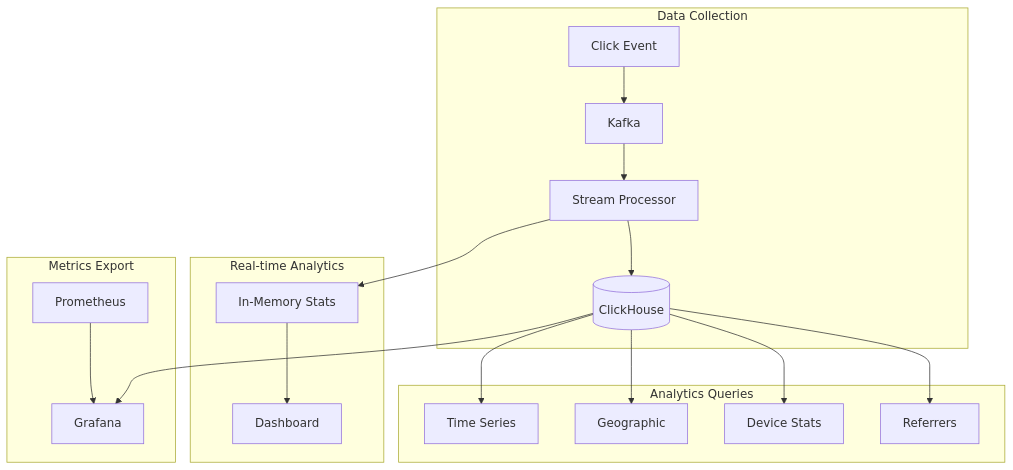
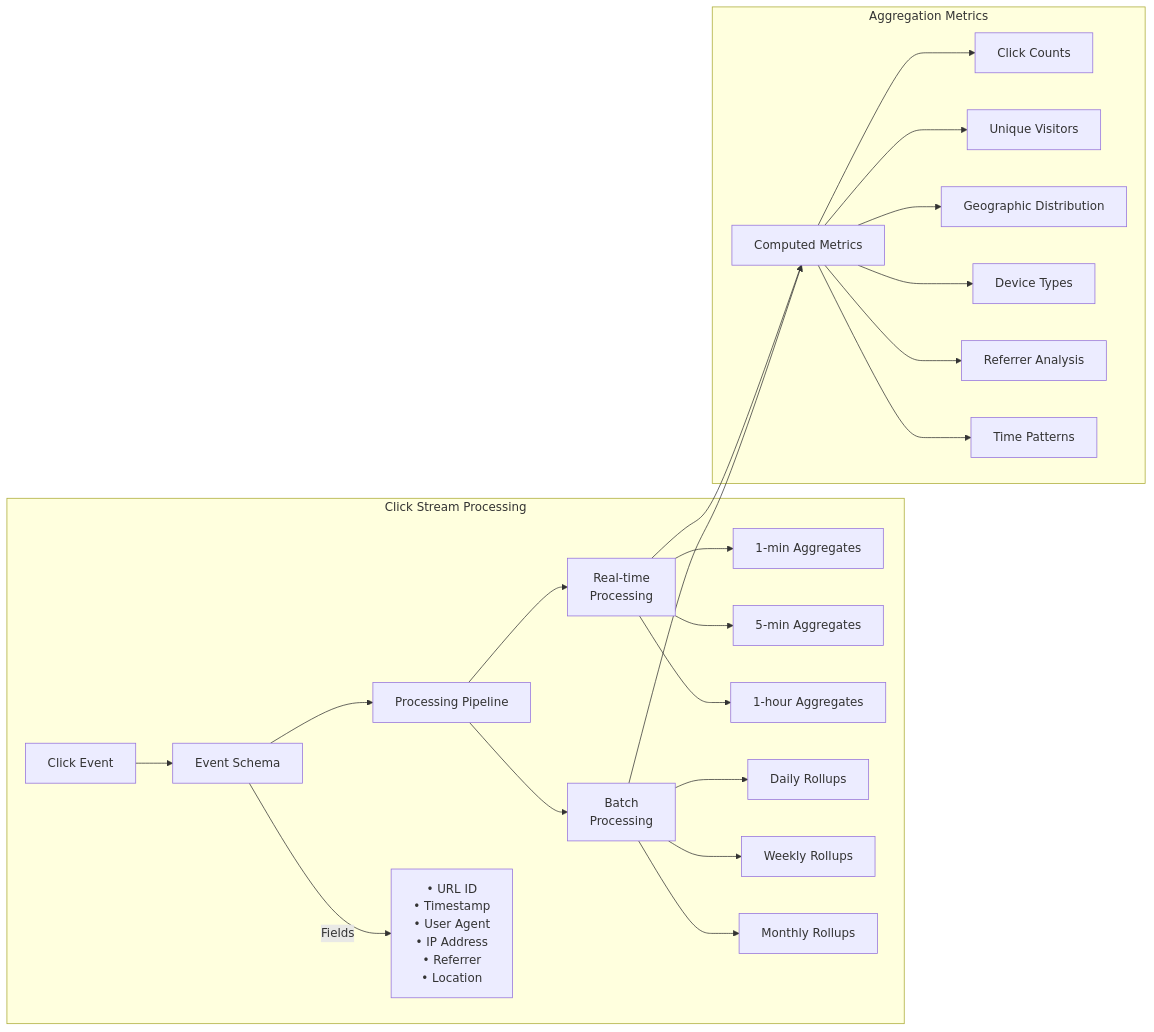
One commit to deepaucksharma/DStudio changed diagram 23 of 53 in docs/architects-handbook/case-studies/infrastructure/url-shortener.md. Above: the diagram before and after it, drawn with Mermaid. The commit also changed other lines of this file and 257 other files, not shown here.

First line of the commit message:
feat: enhance case studies with comprehensive visual diagrams

````diff
--- a/docs/architects-handbook/case-studies/infrastructure/url-shortener.md
+++ b/docs/architects-handbook/case-studies/infrastructure/url-shortener.md
@@ -591,27 +847,33 @@
 ```mermaid
-graph TB
-    subgraph "Data Collection"
-        C[Click Event] --> K[Kafka]
-        K --> SP[Stream Processor]
-        SP --> CH[(ClickHouse)]
+flowchart LR
+    subgraph "Click Stream Processing"
+        C[Click Event] --> E[Event Schema]
+        E --> P[Processing Pipeline]
+        
+        E --> |"Fields"| F["• URL ID<br/>• Timestamp<br/>• User Agent<br/>• IP Address<br/>• Referrer<br/>• Location"]
+        
+        P --> RT[Real-time<br/>Processing]
+        P --> B[Batch<br/>Processing]
+        
+        RT --> M1[1-min Aggregates]
+        RT --> M5[5-min Aggregates]
+        RT --> H1[1-hour Aggregates]
+        
+        B --> D1[Daily Rollups]
+        B --> W1[Weekly Rollups]
+        B --> MO1[Monthly Rollups]
     end
     
-    subgraph "Real-time Analytics"
-        SP --> RT[In-Memory Stats]
-        RT --> D[Dashboard]
+    subgraph "Aggregation Metrics"
+        AGG[Computed Metrics]
+        AGG --> CLK[Click Counts]
+        AGG --> UNQ[Unique Visitors]
+        AGG --> GEO[Geographic Distribution]
+        AGG --> DEV[Device Types]
+        AGG --> REF[Referrer Analysis]
+        AGG --> TIME[Time Patterns]
     end
     
-    subgraph "Metrics Export"
-        P[Prometheus] --> G[Grafana]
-        CH --> G
-    end
-    
-    subgraph "Analytics Queries"
-        Q1[Time Series]
-        Q2[Geographic]
-        Q3[Device Stats]
-        Q4[Referrers]
-    end
-    
-    CH --> Q1 & Q2 & Q3 & Q4
+    RT --> AGG
+    B --> AGG
 ```
````
